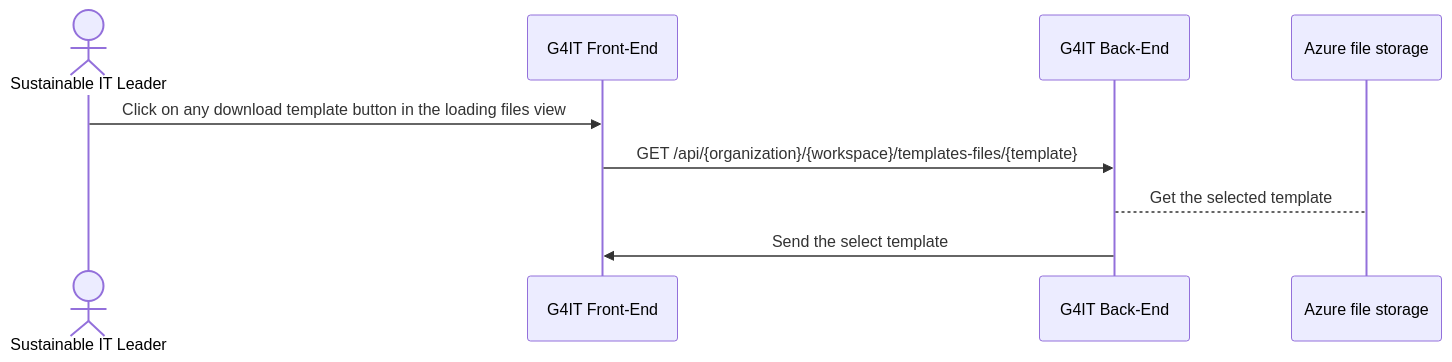
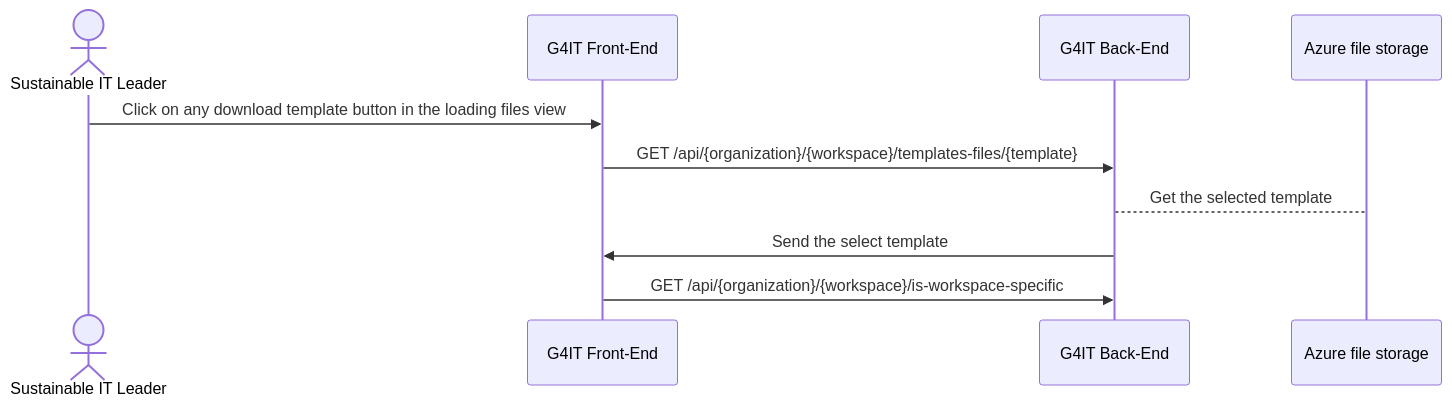
The fourth of 5 diagrams in services/documentation/content/2-functional-documentation/use_cases/uc_inventory/uc2_create_inventory.md (teamg4it/g4it), drawn with Mermaid before and after one commit. The commit also changed other lines of this file, not shown here.

```diff
--- a/services/documentation/content/2-functional-documentation/use_cases/uc_inventory/uc2_create_inventory.md
+++ b/services/documentation/content/2-functional-documentation/use_cases/uc_inventory/uc2_create_inventory.md
@@ -135,13 +135,14 @@
 {{< mermaid >}}
 sequenceDiagram
 actor RND as Sustainable IT Leader
 participant front as G4IT Front-End
 participant back as G4IT Back-End
 participant azure as Azure file storage
 
 RND ->> front: Click on any download template button in the loading files view
 front ->> back: GET /api/{organization}/{workspace}/templates-files/{template}
 back --> azure: Get the selected template
 back ->> front: Send the select template
+front ->> back: GET /api/{organization}/{workspace}/is-workspace-specific
 
 {{< /mermaid >}}
```
